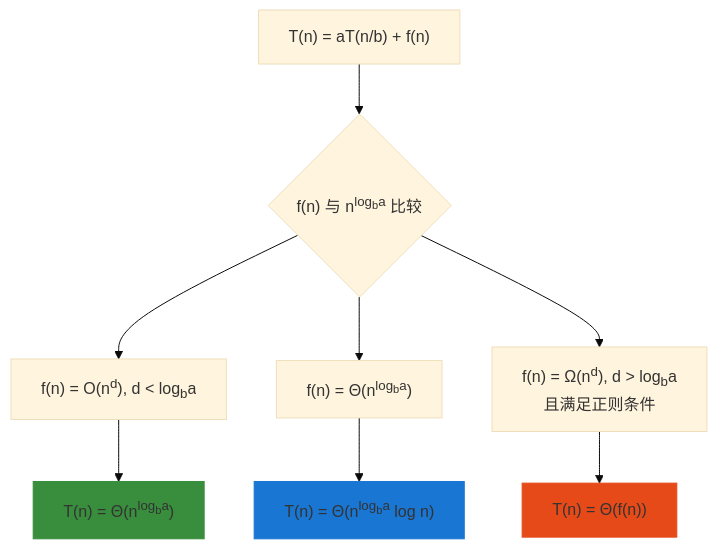
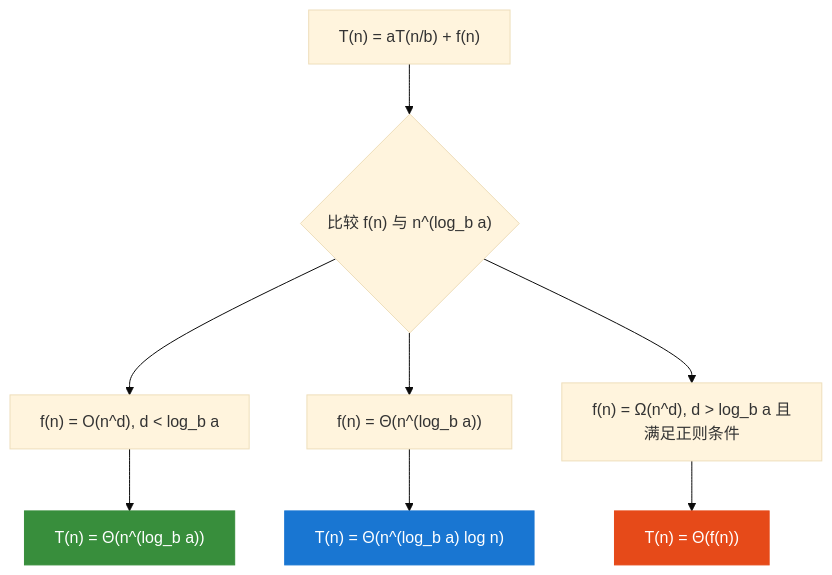
One commit to dd-xiaozhi/study-notes changed the eighth of 10 diagrams in 计算机基础/算法/数据结构与算法/01_复杂度分析.md. Above: the diagram before and after it, drawn with Mermaid (base theme). The commit also changed 84 other files, not shown here.

````diff
--- a/计算机基础/算法/数据结构与算法/01_复杂度分析.md
+++ b/计算机基础/算法/数据结构与算法/01_复杂度分析.md
@@ -369,15 +369,15 @@
 ```mermaid
 flowchart TD
-    A["T(n) = aT(n/b) + f(n)"] --> B{"f(n) 与 n<sup>log<sub>b</sub>a</sup> 比较"}
-    B --> C["f(n) = O(n<sup>d</sup>), d < log<sub>b</sub>a"]
-    B --> D["f(n) = Θ(n<sup>log<sub>b</sub>a</sup>)"]
-    B --> E["f(n) = Ω(n<sup>d</sup>), d > log<sub>b</sub>a<br/>且满足正则条件"]
+    A["T(n) = aT(n/b) + f(n)"] --> B{"比较 f(n) 与 n^(log_b a)"}
+    B --> C["f(n) = O(n^d), d < log_b a"]
+    B --> D["f(n) = Θ(n^(log_b a))"]
+    B --> E["f(n) = Ω(n^d), d > log_b a 且满足正则条件"]
 
-    C --> C1["T(n) = Θ(n<sup>log<sub>b</sub>a</sup>)"]
-    D --> D1["T(n) = Θ(n<sup>log<sub>b</sub>a</sup> log n)"]
+    C --> C1["T(n) = Θ(n^(log_b a))"]
+    D --> D1["T(n) = Θ(n^(log_b a) log n)"]
     E --> E1["T(n) = Θ(f(n))"]
 
-    style C1 fill:#388e3c,stroke:#388e3c
-    style D1 fill:#1976d2,stroke:#1976d2
-    style E1 fill:#e64a19,stroke:#e64a19
+    style C1 fill:#388e3c,stroke:#388e3c,color:#ffffff
+    style D1 fill:#1976d2,stroke:#1976d2,color:#ffffff
+    style E1 fill:#e64a19,stroke:#e64a19,color:#ffffff
 ```
````
